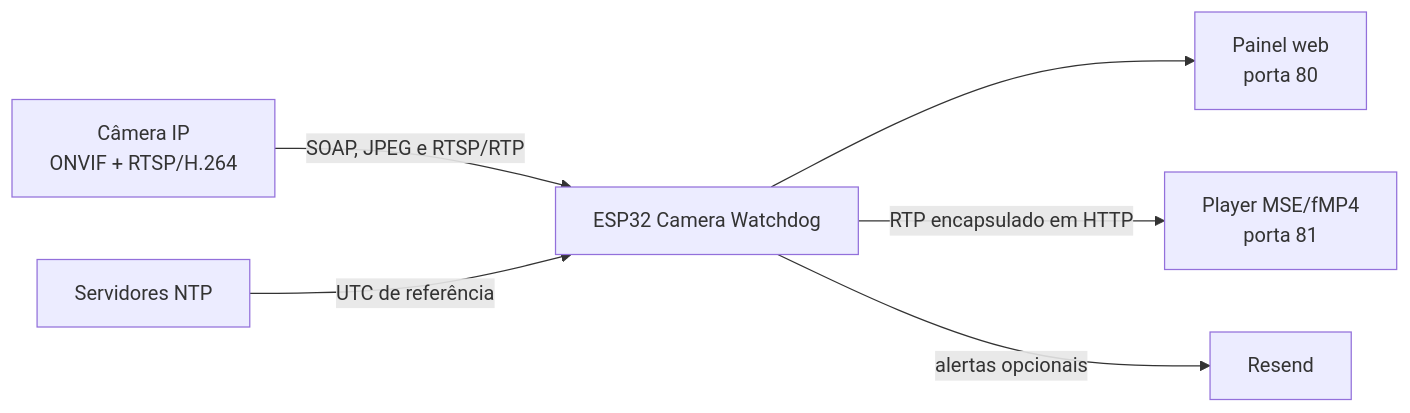
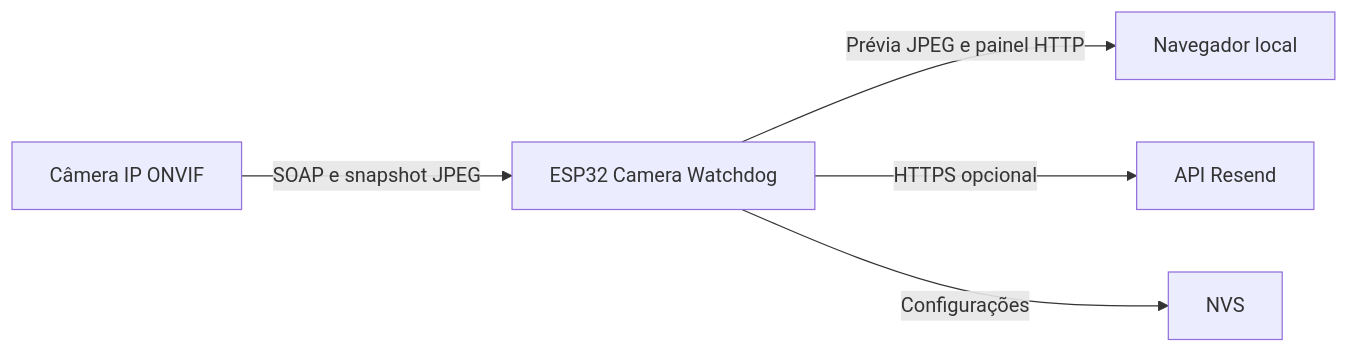
The diagram in README.md (devAlphaSystem/ESP32-Cam-Monitor), drawn with Mermaid before and after one commit. The commit also changed other lines of this file and 10 other files, not shown here.

````diff
--- a/README.md
+++ b/README.md
@@ -29,15 +29,7 @@
 ```mermaid
 flowchart LR
-    CAMERA["Câmera IP<br>ONVIF + RTSP/H.264"]
-    ESP["ESP32 Camera Watchdog"]
-    PANEL["Painel web<br>porta 80"]
-    PLAYER["Player MSE/fMP4<br>porta 81"]
-    NTP["Servidores NTP"]
-    EMAIL["Resend"]
-
-    CAMERA -->|SOAP, JPEG e RTSP/RTP| ESP
-    ESP --> PANEL
-    ESP -->|RTP encapsulado em HTTP| PLAYER
-    NTP -->|UTC de referência| ESP
-    ESP -->|alertas opcionais| EMAIL
+    CAMERA[Câmera IP ONVIF] -->|SOAP e snapshot JPEG| ESP[ESP32 Camera Watchdog]
+    ESP -->|Prévia JPEG e painel HTTP| BROWSER[Navegador local]
+    ESP -->|HTTPS opcional| RESEND[API Resend]
+    ESP -->|Configurações| NVS[NVS]
 ```
````
